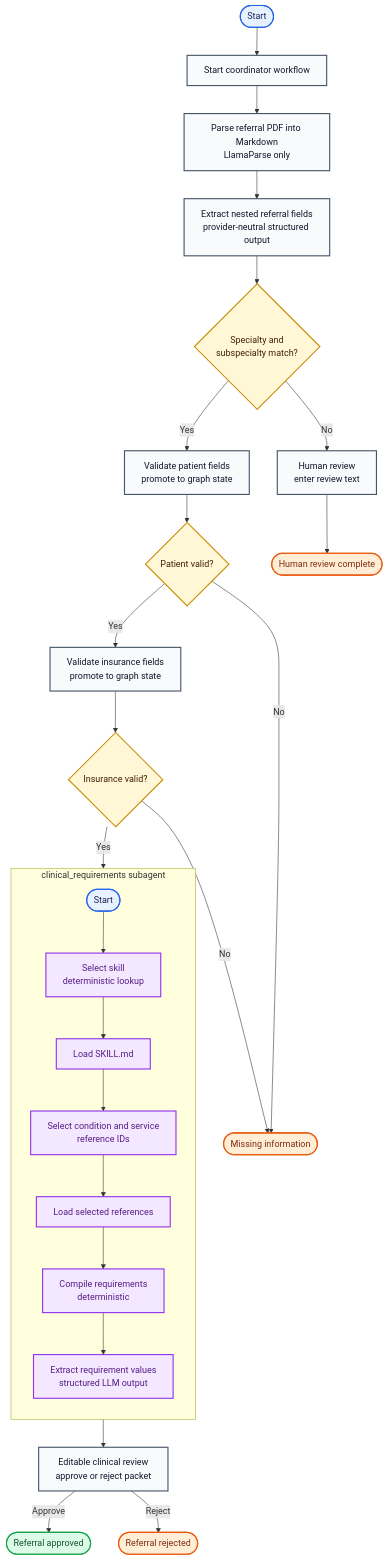
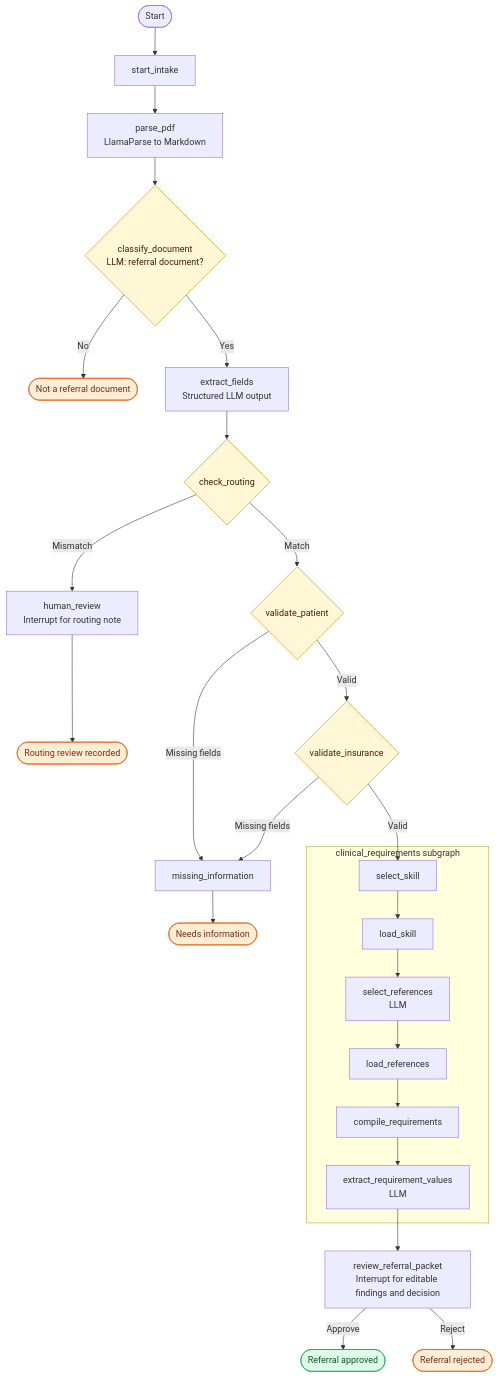
The diagram in docs/referral-intake-agent-flow.md (MahanyaKochhar/Stream-IO), drawn with Mermaid before and after one commit. The commit also changed other lines of this file and 15 other files, not shown here.

Commit message:
PDF Classification, Document Simplification PDF document classification node, simplified README and existing docs

````diff
--- a/docs/referral-intake-agent-flow.md
+++ b/docs/referral-intake-agent-flow.md
@@ -14,69 +5,36 @@
 ```mermaid
 flowchart TD
-    START([Start])
-    INIT_PROGRESS[Start coordinator workflow]
-    PARSE[Parse referral PDF into Markdown<br/>LlamaParse only]
-    EXTRACT[Extract nested referral fields<br/>provider-neutral structured output]
-    ROUTING{"Specialty and<br/>subspecialty match?"}
-    PATIENT[Validate patient fields<br/>promote to graph state]
-    PATIENT_VALID{"Patient valid?"}
-    INSURANCE[Validate insurance fields<br/>promote to graph state]
-    INSURANCE_VALID{"Insurance valid?"}
+    START([Start]) --> INIT[start_intake]
+    INIT --> PARSE[parse_pdf<br/>LlamaParse to Markdown]
+    PARSE --> CLASSIFY{classify_document<br/>LLM: referral document?}
+    CLASSIFY -->|No| NOT_REFERRAL([Not a referral document])
+    CLASSIFY -->|Yes| EXTRACT[extract_fields<br/>Structured LLM output]
+    EXTRACT --> ROUTING{check_routing}
+    ROUTING -->|Mismatch| HUMAN[human_review<br/>Interrupt for routing note]
+    HUMAN --> REVIEWED([Routing review recorded])
+    ROUTING -->|Match| PATIENT{validate_patient}
+    PATIENT -->|Missing fields| MISSING[missing_information]
+    PATIENT -->|Valid| INSURANCE{validate_insurance}
+    INSURANCE -->|Missing fields| MISSING
+    MISSING --> INCOMPLETE([Needs information])
+    INSURANCE -->|Valid| SELECT_SKILL
 
-    subgraph CLINICAL_REQUIREMENTS["clinical_requirements subagent"]
-        direction TB
-        CR_START([Start])
-        SELECT_SKILL[Select skill<br/>deterministic lookup]
-        LOAD_SKILL[Load SKILL.md]
-        SELECT_REFERENCES[Select condition and service<br/>reference IDs]
-        LOAD_REFERENCES[Load selected references]
-        COMPILE_REQUIREMENTS[Compile requirements<br/>deterministic]
-        EXTRACT_REQUIREMENTS[Extract requirement values<br/>structured LLM output]
-
-        CR_START --> SELECT_SKILL
-        SELECT_SKILL --> LOAD_SKILL
-        LOAD_SKILL --> SELECT_REFERENCES
-        SELECT_REFERENCES --> LOAD_REFERENCES
-        LOAD_REFERENCES --> COMPILE_REQUIREMENTS
-        COMPILE_REQUIREMENTS --> EXTRACT_REQUIREMENTS
+    subgraph CLINICAL[clinical_requirements subgraph]
+        SELECT_SKILL[select_skill] --> LOAD_SKILL[load_skill]
+        LOAD_SKILL --> SELECT_REFS[select_references<br/>LLM]
+        SELECT_REFS --> LOAD_REFS[load_references]
+        LOAD_REFS --> COMPILE[compile_requirements]
+        COMPILE --> FINDINGS[extract_requirement_values<br/>LLM]
     end
 
-    REVIEW_PACKET[Editable clinical review<br/>approve or reject packet]
-    HUMAN_REVIEW[Human review<br/>enter review text]
-    REVIEWED([Human review complete])
-    MISSING_INFO([Missing information])
-    APPROVED([Referral approved])
-    REJECTED([Referral rejected])
+    FINDINGS --> REVIEW[review_referral_packet<br/>Interrupt for editable findings and decision]
+    REVIEW -->|Approve| APPROVED([Referral approved])
+    REVIEW -->|Reject| REJECTED([Referral rejected])
 
-    START --> INIT_PROGRESS
-    INIT_PROGRESS --> PARSE
-    PARSE --> EXTRACT
-    EXTRACT --> ROUTING
-    ROUTING -->|Yes| PATIENT
-    ROUTING -->|No| HUMAN_REVIEW
-    HUMAN_REVIEW --> REVIEWED
-    PATIENT --> PATIENT_VALID
-    PATIENT_VALID -->|Yes| INSURANCE
-    PATIENT_VALID -->|No| MISSING_INFO
-    INSURANCE --> INSURANCE_VALID
-    INSURANCE_VALID -->|Yes| CR_START
-    INSURANCE_VALID -->|No| MISSING_INFO
-    EXTRACT_REQUIREMENTS --> REVIEW_PACKET
-    REVIEW_PACKET -->|Approve| APPROVED
-    REVIEW_PACKET -->|Reject| REJECTED
-
-    classDef input fill:#e8f1ff,stroke:#2563eb,color:#172554,stroke-width:2px;
-    classDef process fill:#f8fafc,stroke:#475569,color:#0f172a,stroke-width:2px;
-    classDef decision fill:#fff7d6,stroke:#ca8a04,color:#422006,stroke-width:2px;
-    classDef success fill:#dcfce7,stroke:#16a34a,color:#14532d,stroke-width:2px;
-    classDef attention fill:#ffedd5,stroke:#ea580c,color:#7c2d12,stroke-width:2px;
-    classDef failure fill:#fee2e2,stroke:#dc2626,color:#7f1d1d,stroke-width:2px;
-    classDef subagent fill:#f3e8ff,stroke:#9333ea,color:#581c87,stroke-width:2px;
-
-    class START,CR_START input;
-    class INIT_PROGRESS,PARSE,EXTRACT,PATIENT,INSURANCE,HUMAN_REVIEW,REVIEW_PACKET process;
-    class SELECT_SKILL,LOAD_SKILL,SELECT_REFERENCES,LOAD_REFERENCES,COMPILE_REQUIREMENTS,EXTRACT_REQUIREMENTS subagent;
-    class ROUTING,PATIENT_VALID,INSURANCE_VALID decision;
+    classDef decision fill:#fff7d6,stroke:#ca8a04,color:#422006;
+    classDef attention fill:#ffedd5,stroke:#ea580c,color:#7c2d12;
+    classDef success fill:#dcfce7,stroke:#16a34a,color:#14532d;
+    class CLASSIFY,ROUTING,PATIENT,INSURANCE decision;
+    class NOT_REFERRAL,INCOMPLETE,REVIEWED,REJECTED attention;
     class APPROVED success;
-    class MISSING_INFO,REVIEWED,REJECTED attention;
 ```
````
